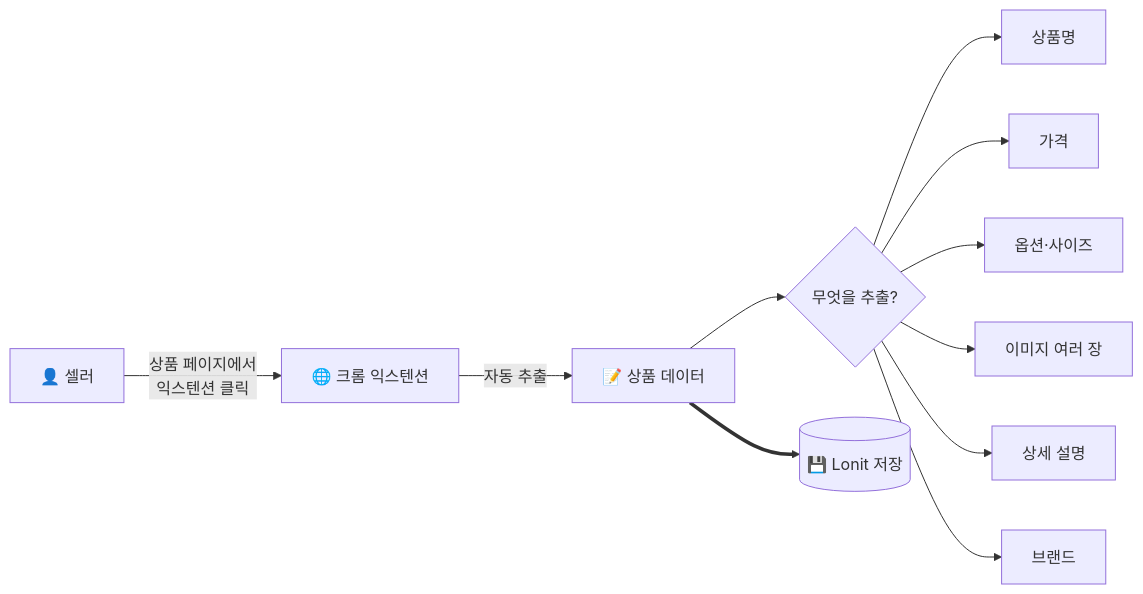
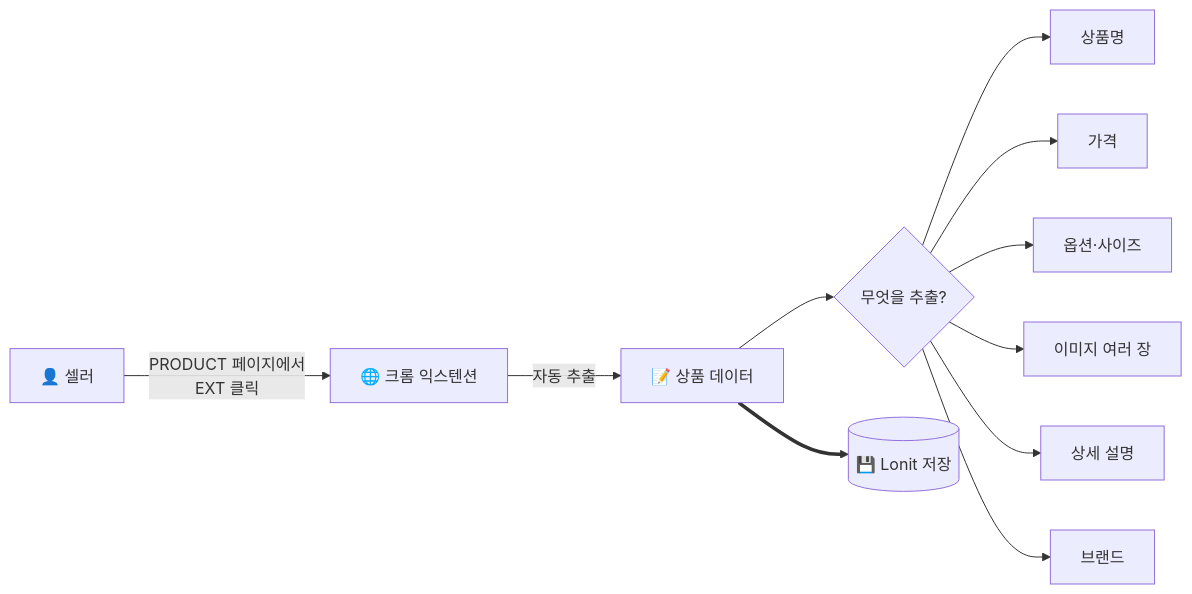
Before and after one commit to cksdud5785-design/lonit-manual: the third of 10 diagrams in docs/02-architecture.md, drawn with Mermaid. The commit also changed other lines of this file and 17 other files, not shown here.

First line of the commit message:
fix: mermaid 한국어 ID → ASCII + 더망고 → T사 일괄 변경

````diff
--- a/docs/02-architecture.md
+++ b/docs/02-architecture.md
@@ -77,14 +77,14 @@
 ```mermaid
 flowchart LR
-    A[👤 셀러] -->|상품 페이지에서<br>익스텐션 클릭| B[🌐 크롬 익스텐션]
+    A[👤 셀러] -->|PRODUCT 페이지에서<br>EXT 클릭| B[🌐 크롬 익스텐션]
     B -->|자동 추출| C[📝 상품 데이터]
     C --> D{무엇을 추출?}
     D --> D1[상품명]
     D --> D2[가격]
     D --> D3[옵션·사이즈]
     D --> D4[이미지 여러 장]
     D --> D5[상세 설명]
     D --> D6[브랜드]
     
     C ==> L[(💾 Lonit 저장)]
 ```
````
